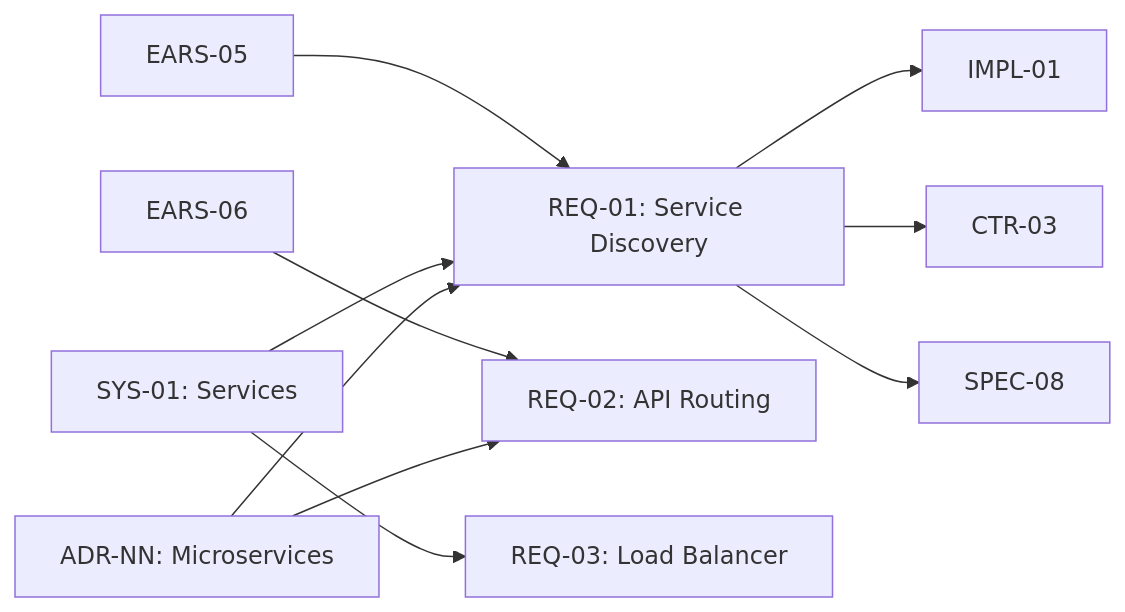
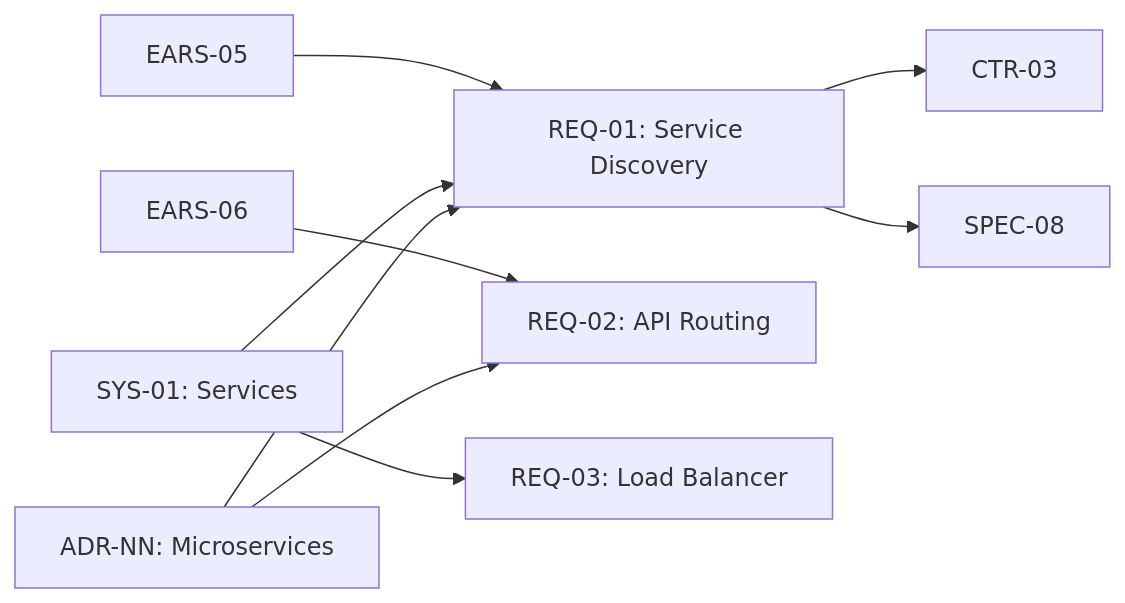
One commit to vladm3105/aidoc-flow-framework changed the diagram in ai_dev_flow/07_REQ/examples/_TRACEABILITY_MATRIX_EXAMPLE.md. Above: the diagram before and after it, drawn with Mermaid. The commit also changed other lines of this file and 99 other files, not shown here.

Commit message:
feat: Refine AI development flow by removing Claude-specific integrations, adding GCP Vertex AI support, enhancing corpus validation, and updating various documentation templates and guides.

````diff
--- a/ai_dev_flow/07_REQ/examples/_TRACEABILITY_MATRIX_EXAMPLE.md
+++ b/ai_dev_flow/07_REQ/examples/_TRACEABILITY_MATRIX_EXAMPLE.md
@@ -153,12 +144,12 @@
 ```mermaid
 flowchart LR
     EARS005[EARS-05] --> REQ001[REQ-01: Service Discovery]
     EARS006[EARS-06] --> REQ002[REQ-02: API Routing]
     SYS001[SYS-01: Services] --> REQ001
     SYS001 --> REQ003[REQ-03: Load Balancer]
     ADR001[ADR-NN: Microservices] --> REQ001
     ADR001 --> REQ002
-    REQ001 --> IMPL001[IMPL-01]
-    REQ001 --> CTR003[CTR-03]
-    REQ001 --> SPEC008[SPEC-08]
+REQ001 --> CTR003[CTR-03]
+REQ001 --> SPEC008[SPEC-08]
+
 ```
````
